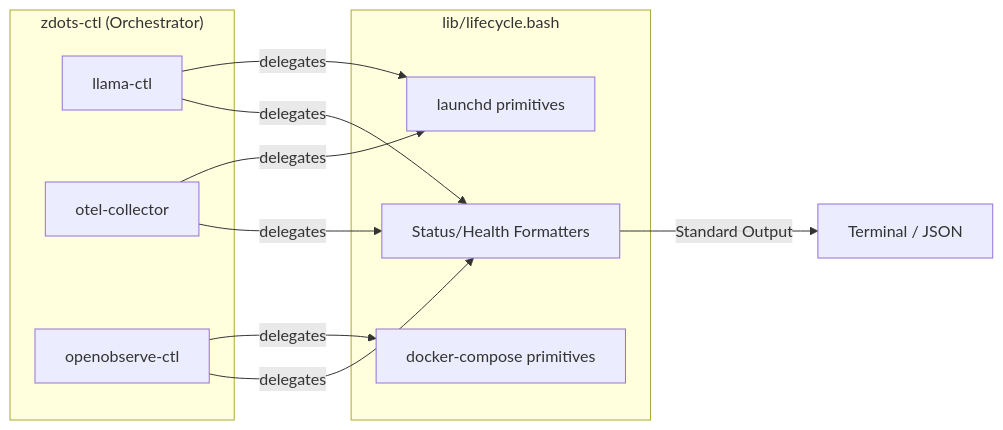
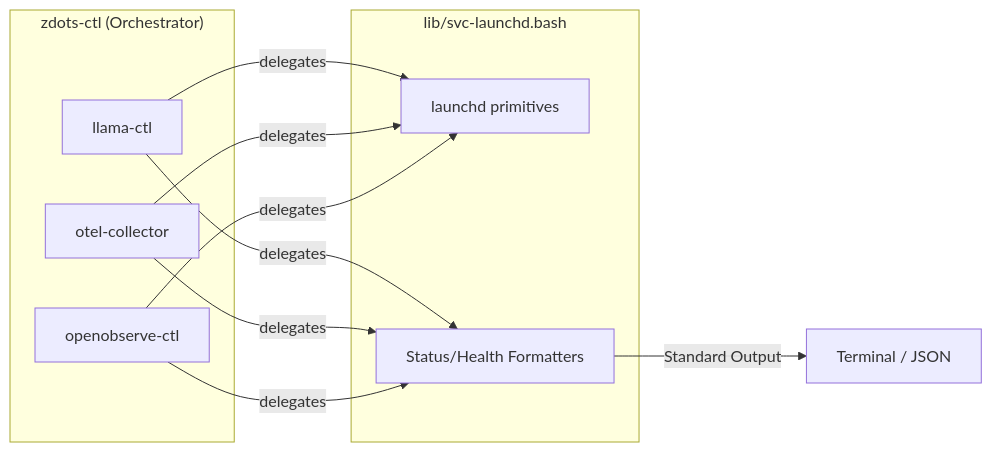
The third of 4 diagrams in README.md (just3ws/zdots), drawn with Mermaid before and after one commit. The commit also changed other lines of this file and 7 other files, not shown here.

First line of the commit message:
fix(docs): repair 3 broken Mermaid diagrams + correct stale topology/schema (Z-121)

````diff
--- a/README.md
+++ b/README.md
@@ -121,25 +120,24 @@
 ```mermaid
 graph LR
     subgraph ControlPlane ["zdots-ctl (Orchestrator)"]
         A[llama-ctl]
         B[otel-collector]
         C[openobserve-ctl]
     end
 
-    subgraph LifecycleEngine ["lib/lifecycle.bash"]
+    subgraph LifecycleEngine ["lib/svc-launchd.bash"]
         L1[launchd primitives]
-        L2[docker-compose primitives]
         L3[Status/Health Formatters]
     end
 
     A -- "delegates" --> L1
     A -- "delegates" --> L3
     
     B -- "delegates" --> L1
     B -- "delegates" --> L3
     
-    C -- "delegates" --> L2
+    C -- "delegates" --> L1
     C -- "delegates" --> L3
 
     L3 -- "Standard Output" --> UI[Terminal / JSON]
 ```
````
